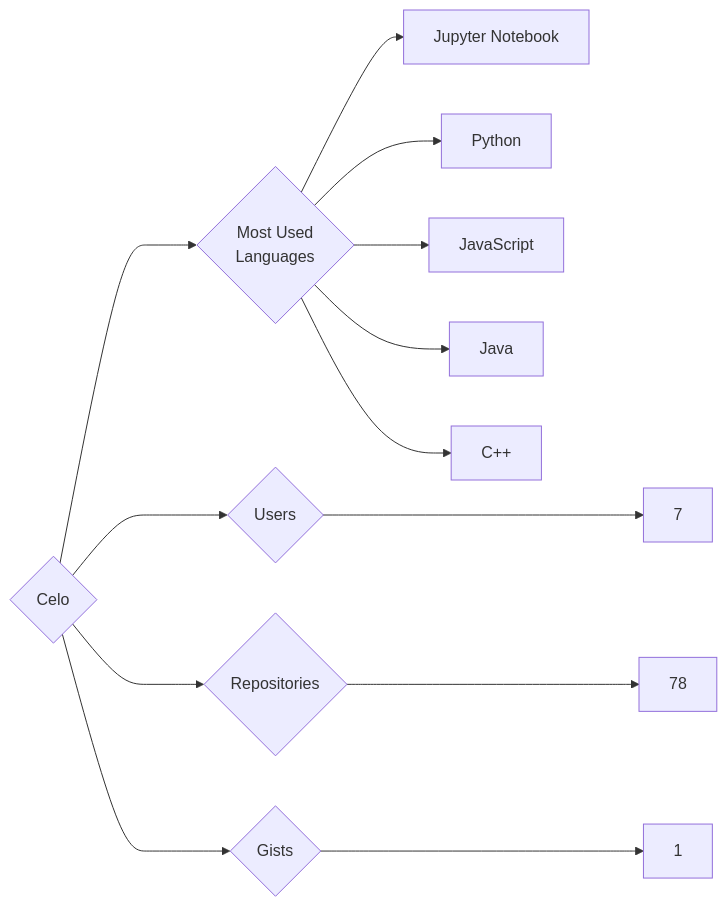
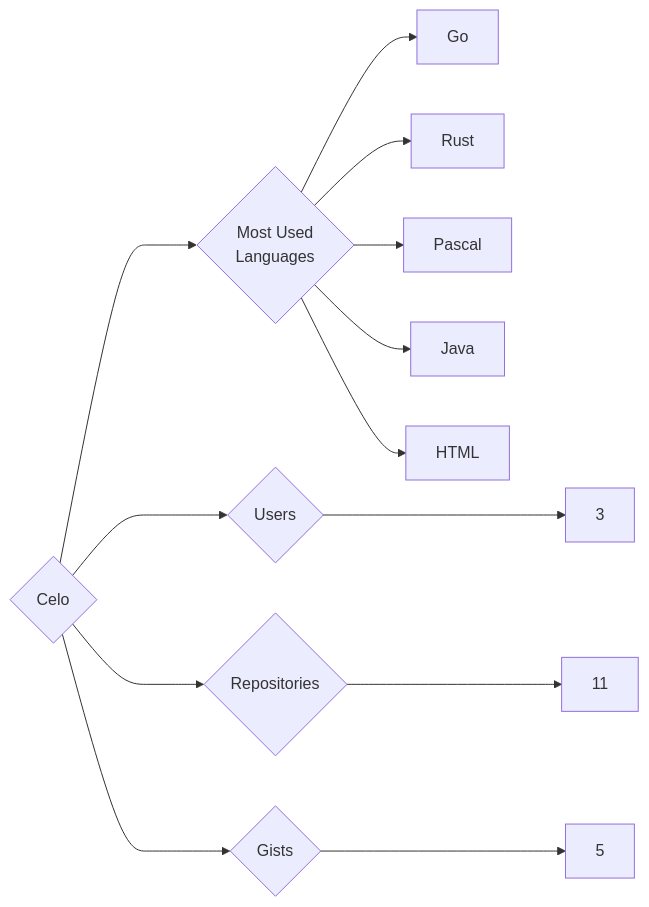
The diagram in targets/Celo/README.md (trickest/insiders), drawn with Mermaid before and after one commit. The commit also changed 894 other files, not shown here.

````diff
--- a/targets/Celo/README.md
+++ b/targets/Celo/README.md
@@ -3,13 +3,13 @@
 ```mermaid
 graph LR
 COMPANY_NAME{Celo}
-COMPANY_NAME ---> U{Users} ---> UN[7]
-COMPANY_NAME ---> R{Repositories} ---> RN[78]
-COMPANY_NAME ---> G{Gists} ---> GN[1]
+COMPANY_NAME ---> U{Users} ---> UN[3]
+COMPANY_NAME ---> R{Repositories} ---> RN[11]
+COMPANY_NAME ---> G{Gists} ---> GN[5]
 COMPANY_NAME ---> ML{Most Used<br>Languages}
-ML --> Jupyter_Notebook[Jupyter Notebook]
-ML --> Python[Python]
-ML --> JavaScript[JavaScript]
+ML --> Go[Go]
+ML --> Rust[Rust]
+ML --> Pascal[Pascal]
 ML --> Java[Java]
-ML --> C++[C++]
+ML --> HTML[HTML]
 ```
````
